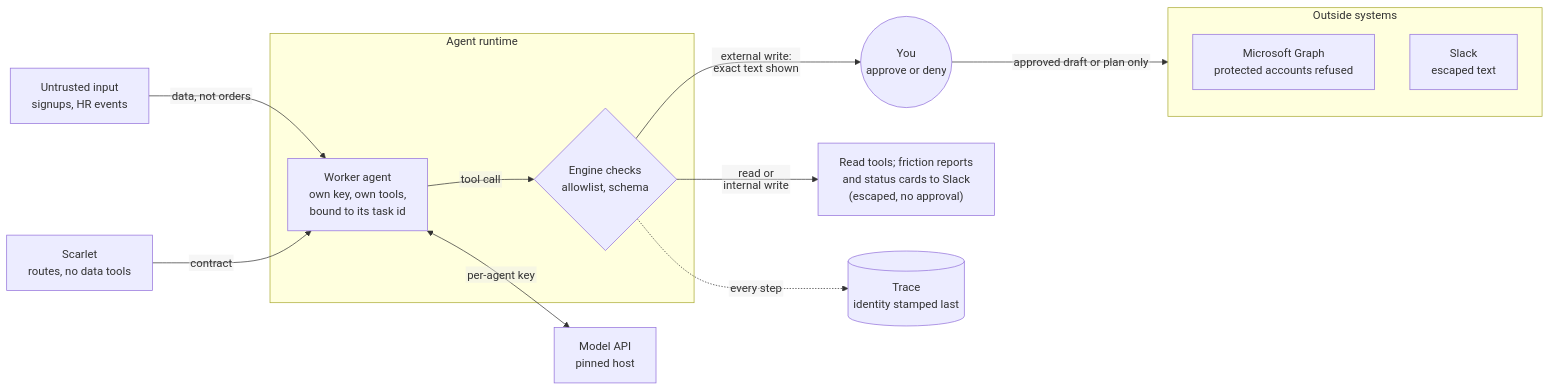
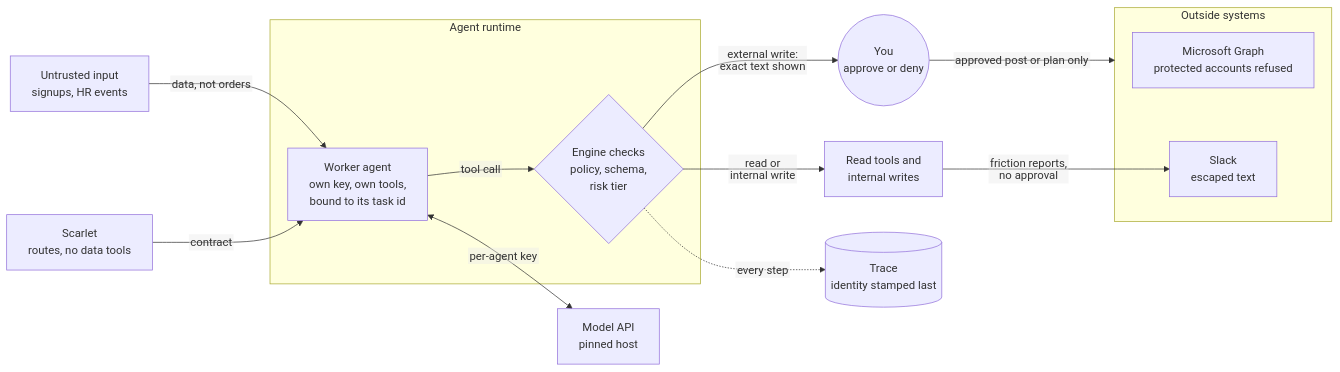
Before and after one commit to willshchang/WSHC-ZTAI-Lab: the second of 2 diagrams in README.md, drawn with Mermaid. The commit also changed other lines of this file and 3 other files, not shown here.

First line of the commit message:
docs: diagrams match the code

````diff
--- a/README.md
+++ b/README.md
@@ -157,31 +161,32 @@
 ```mermaid
 %%{init: {"flowchart": {"htmlLabels": false}}}%%
 flowchart LR
     data["Untrusted input<br/>signups, HR events"]
     scarlet["Scarlet<br/>routes, no data tools"]
     model["Model API<br/>pinned host"]
 
     subgraph RT["Agent runtime"]
         worker["Worker agent<br/>own key, own tools,<br/>bound to its task id"]
-        gate{"Engine checks<br/>allowlist, schema"}
+        gate{"Engine checks<br/>policy, schema,<br/>risk tier"}
     end
 
     you(("You<br/>approve or deny"))
-    inside["Read tools; friction reports<br/>and status cards to Slack<br/>(escaped, no approval)"]
+    inside["Read tools and<br/>internal writes"]
 
     subgraph EXT["Outside systems"]
         entra["Microsoft Graph<br/>protected accounts refused"]
         slack["Slack<br/>escaped text"]
     end
 
     trace[("Trace<br/>identity stamped last")]
 
     data -->|"data, not orders"| worker
     scarlet -->|"contract"| worker
     worker <-->|"per-agent key"| model
     worker -->|"tool call"| gate
     gate -->|"read or<br/>internal write"| inside
+    inside -->|"friction reports,<br/>no approval"| slack
     gate -->|"external write:<br/>exact text shown"| you
-    you -->|"approved draft or plan only"| EXT
+    you -->|"approved post or plan only"| EXT
     gate -.->|"every step"| trace
 ```
````
